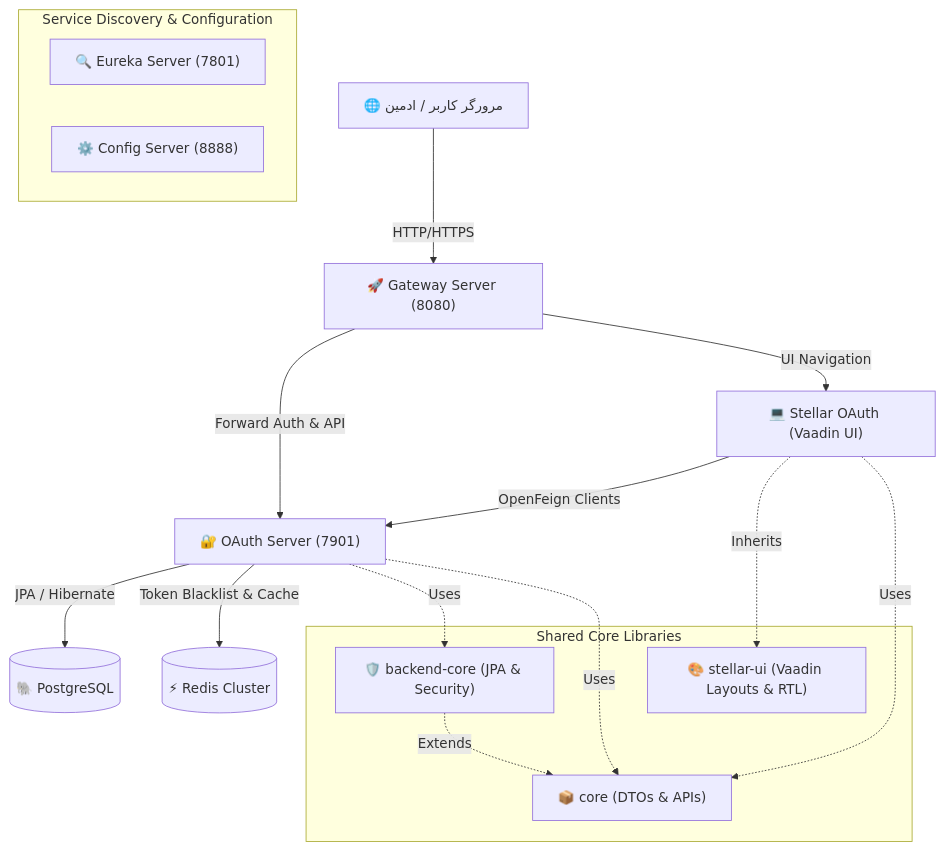
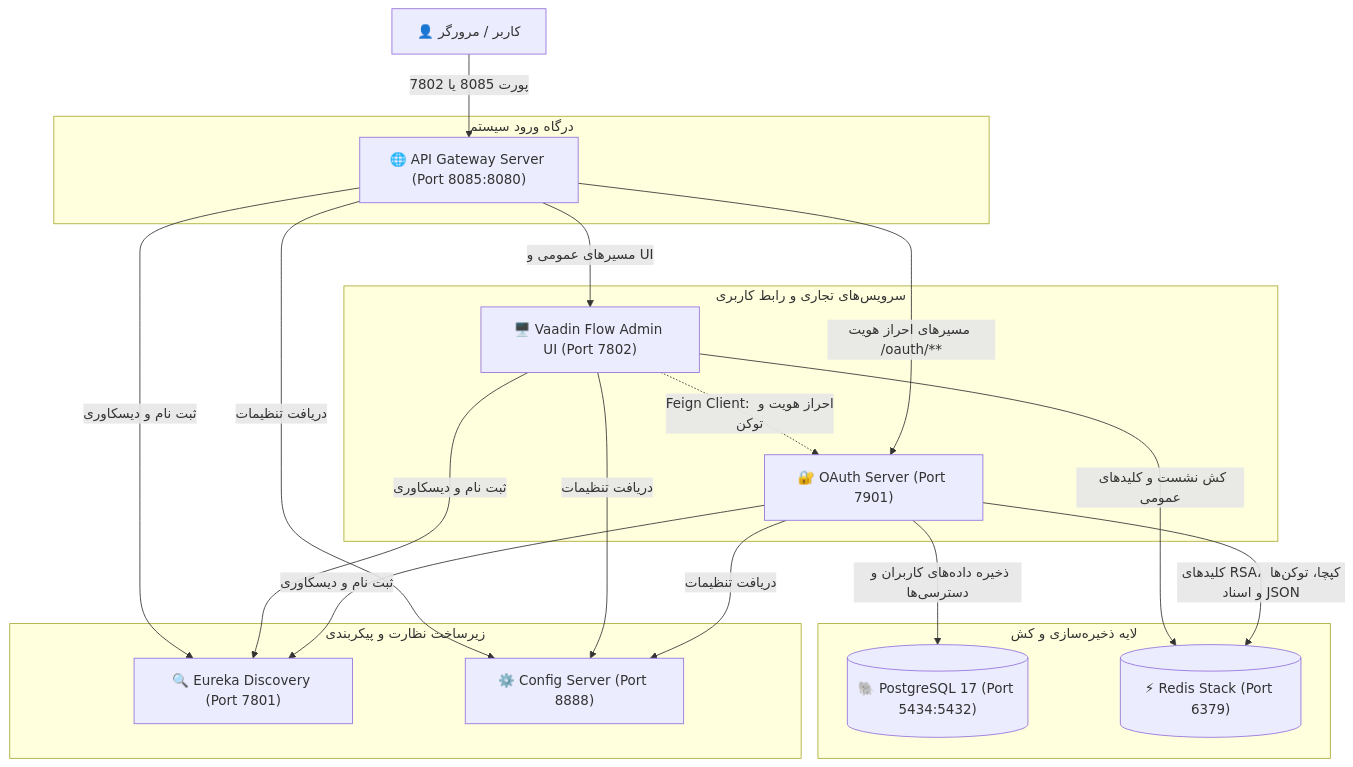
One commit to mohammad-ali-asheghi/vertex changed the diagram in README.md. Above: the diagram before and after it, drawn with Mermaid. The commit also changed other lines of this file and 65 other files, not shown here.

````diff
--- a/README.md
+++ b/README.md
@@ -38,28 +45,40 @@
 ```mermaid
-graph TD
-    User["🌐 مرورگر کاربر / ادمین"] -->|HTTP/HTTPS| Gateway["🚀 Gateway Server (8080)"]
+flowchart TD
+    Client["👤 کاربر / مرورگر"]
     
-    subgraph "Service Discovery & Configuration"
-        Eureka["🔍 Eureka Server (7801)"]
-        Config["⚙️ Config Server (8888)"]
+    subgraph Gateway_Layer["درگاه ورود سیستم"]
+        Gateway["🌐 API Gateway Server (Port 8085:8080)"]
     end
-
-    Gateway -->|Forward Auth & API| OAuth["🔐 OAuth Server (7901)"]
-    Gateway -->|UI Navigation| StellarOAuth["💻 Stellar OAuth (Vaadin UI)"]
     
-    StellarOAuth -->|OpenFeign Clients| OAuth
-    OAuth -->|JPA / Hibernate| Postgres[("🐘 PostgreSQL")]
-    OAuth -->|Token Blacklist & Cache| Redis[("⚡ Redis Cluster")]
-
-    subgraph "Shared Core Libraries"
-        Core["📦 core (DTOs & APIs)"]
-        BackendCore["🛡️ backend-core (JPA & Security)"]
-        StellarUI["🎨 stellar-ui (Vaadin Layouts & RTL)"]
+    subgraph Discovery_Config["زیرساخت نظارت و پیکربندی"]
+        Eureka["🔍 Eureka Discovery (Port 7801)"]
+        Config["⚙️ Config Server (Port 8888)"]
     end
-
-    StellarOAuth -.->|Inherits| StellarUI
-    StellarOAuth -.->|Uses| Core
-    OAuth -.->|Uses| BackendCore
-    OAuth -.->|Uses| Core
-    BackendCore -.->|Extends| Core
+    
+    subgraph Business_Services["سرویس‌های تجاری و رابط کاربری"]
+        OAuth["🔐 OAuth Server (Port 7901)"]
+        StellarUI["🖥️ Vaadin Flow Admin UI (Port 7802)"]
+    end
+    
+    subgraph Storage_Layer["لایه ذخیره‌سازی و کش"]
+        Postgres[("🐘 PostgreSQL 17 (Port 5434:5432)")]
+        Redis[("⚡ Redis Stack (Port 6379)")]
+    end
+    
+    Client -->|پورت 8085 یا 7802| Gateway
+    Gateway -->|مسیرهای عمومی و UI| StellarUI
+    Gateway -->|مسیرهای احراز هویت /oauth/**| OAuth
+    
+    OAuth -->|ثبت نام و دیسکاوری| Eureka
+    StellarUI -->|ثبت نام و دیسکاوری| Eureka
+    Gateway -->|ثبت نام و دیسکاوری| Eureka
+    
+    OAuth -->|دریافت تنظیمات| Config
+    StellarUI -->|دریافت تنظیمات| Config
+    Gateway -->|دریافت تنظیمات| Config
+    
+    OAuth -->|ذخیره داده‌های کاربران و دسترسی‌ها| Postgres
+    OAuth -->|کلیدهای RSA، کپچا، توکن‌ها و اسناد JSON| Redis
+    StellarUI -->|کش نشست و کلیدهای عمومی| Redis
+    StellarUI -.->|Feign Client: احراز هویت و توکن| OAuth
 ```
````
